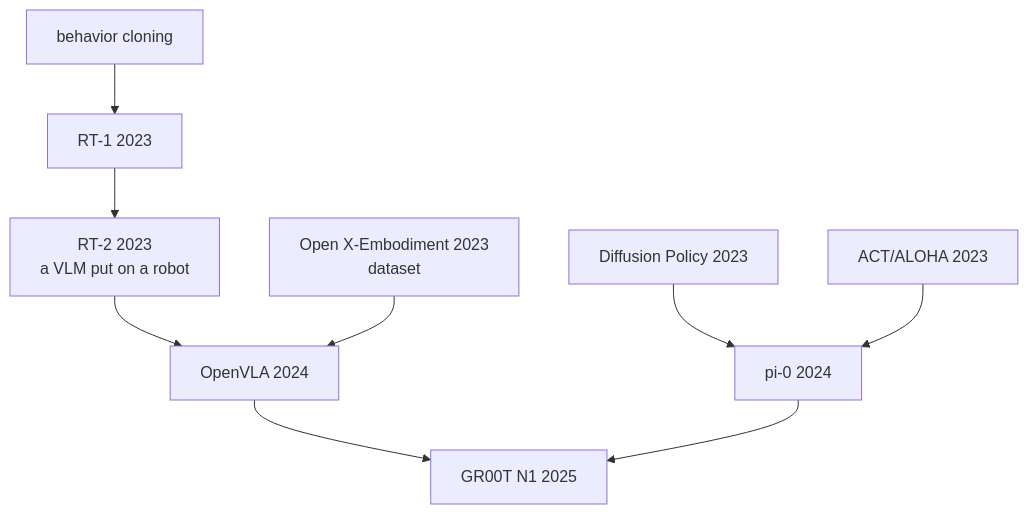
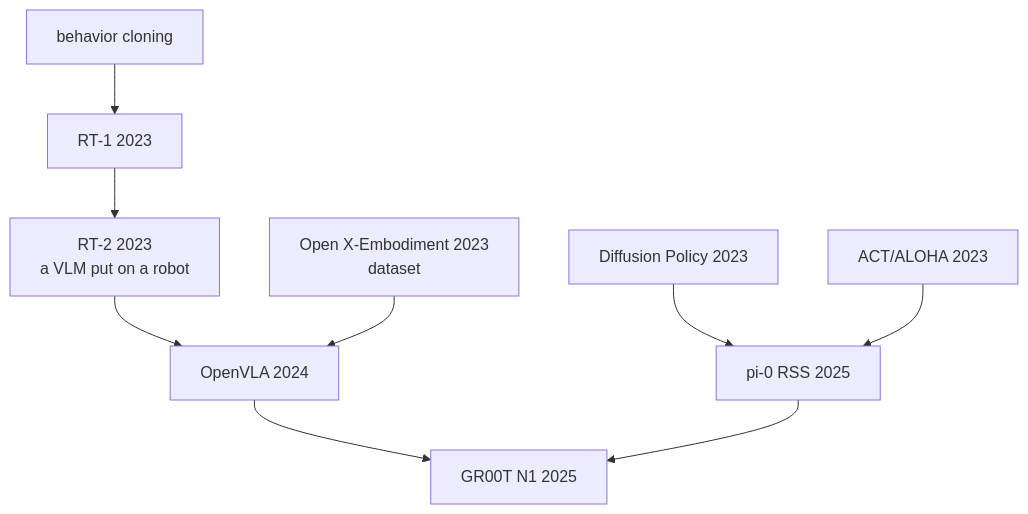
Before and after one commit to jiseop-byeon/phd-wiki: the fifth of 12 diagrams in content/03-deep-learning/lineage.md, drawn with Mermaid. The commit also changed 18 other files, not shown here.

````diff
--- a/content/03-deep-learning/lineage.md
+++ b/content/03-deep-learning/lineage.md
@@ -88,11 +88,11 @@
 ```mermaid
 graph TD
     BCE["behavior cloning"] --> RT1E["RT-1 2023"]
     RT1E --> RT2E["RT-2 2023<br/>a VLM put on a robot"]
-    DPE["Diffusion Policy 2023"] --> Pi0E2["pi-0 2024"]
+    DPE["Diffusion Policy 2023"] --> Pi0E2["pi-0 RSS 2025"]
     ACTE["ACT/ALOHA 2023"] --> Pi0E2
     RT2E --> OpenVLAE["OpenVLA 2024"]
     OXEE["Open X-Embodiment 2023<br/>dataset"] --> OpenVLAE
     OpenVLAE --> GR00TE["GR00T N1 2025"]
     Pi0E2 --> GR00TE
 ```
````
